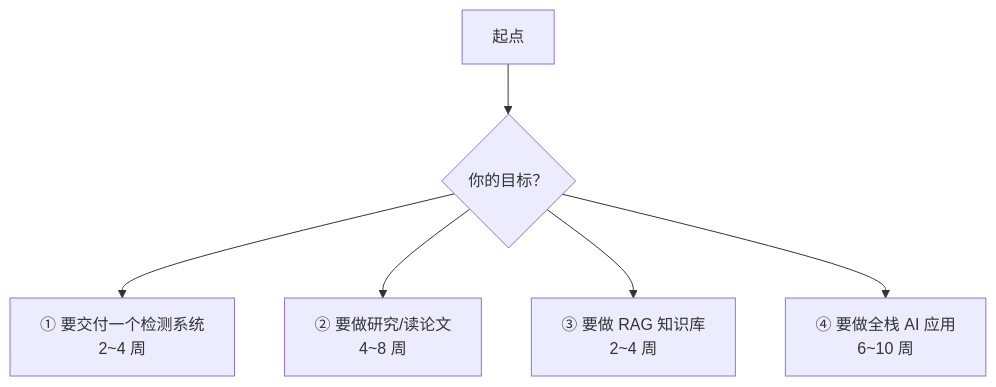
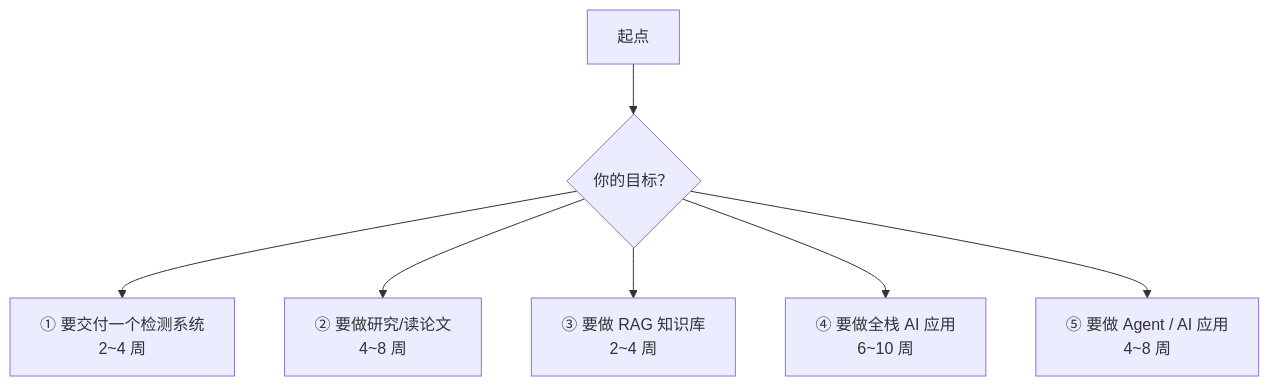
Before and after one commit to Michael522020/ai-study-notes: the diagram in appendix/学习路线图.md, drawn with Mermaid. The commit also changed other lines of this file and 58 other files, not shown here.

````diff
--- a/appendix/学习路线图.md
+++ b/appendix/学习路线图.md
@@ -9,8 +9,9 @@
 ```mermaid
 graph TD
     A["起点"] --> B{"你的目标？"}
     B --> C["① 要交付一个检测系统<br/>2~4 周"]
     B --> D["② 要做研究/读论文<br/>4~8 周"]
     B --> E["③ 要做 RAG 知识库<br/>2~4 周"]
     B --> F["④ 要做全栈 AI 应用<br/>6~10 周"]
+    B --> G["⑤ 要做 Agent / AI 应用<br/>4~8 周"]
 ```
````
